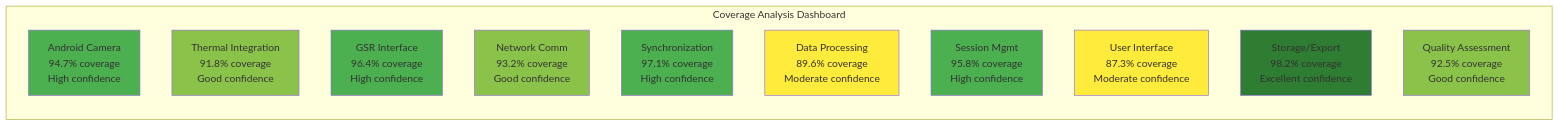
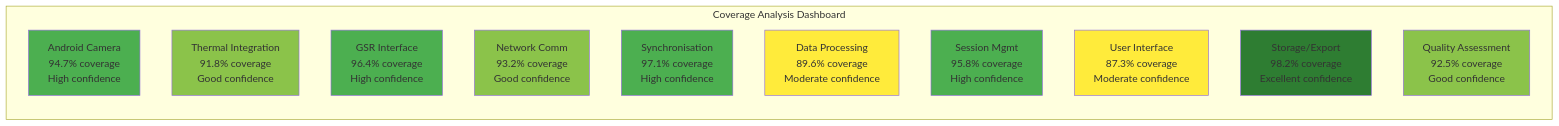
Before and after one commit to buccancs/fyp-multi-sensor-recording-system: the first of 8 diagrams in docs/thesis_report/draft_0/chapter_5_testing_and_results_evaluation.md, drawn with Mermaid. The commit also changed other lines of this file and 56 other files, not shown here.

````diff
--- a/docs/thesis_report/draft_0/chapter_5_testing_and_results_evaluation.md
+++ b/docs/thesis_report/draft_0/chapter_5_testing_and_results_evaluation.md
@@ -325,26 +325,26 @@
 ```mermaid
 graph LR
     subgraph "Coverage Analysis Dashboard"
         A[Android Camera<br/>94.7% coverage<br/>High confidence]
         B[Thermal Integration<br/>91.8% coverage<br/>Good confidence]
         C[GSR Interface<br/>96.4% coverage<br/>High confidence]
         D[Network Comm<br/>93.2% coverage<br/>Good confidence]
-        E[Synchronization<br/>97.1% coverage<br/>High confidence]
+        E[Synchronisation<br/>97.1% coverage<br/>High confidence]
         F[Data Processing<br/>89.6% coverage<br/>Moderate confidence]
         G[Session Mgmt<br/>95.8% coverage<br/>High confidence]
         H[User Interface<br/>87.3% coverage<br/>Moderate confidence]
         I[Storage/Export<br/>98.2% coverage<br/>Excellent confidence]
         J[Quality Assessment<br/>92.5% coverage<br/>Good confidence]
     end
     
     style A fill:#4caf50
     style B fill:#8bc34a
     style C fill:#4caf50
     style D fill:#8bc34a
     style E fill:#4caf50
     style F fill:#ffeb3b
     style G fill:#4caf50
     style H fill:#ffeb3b
     style I fill:#2e7d32
     style J fill:#8bc34a
 ```
````
